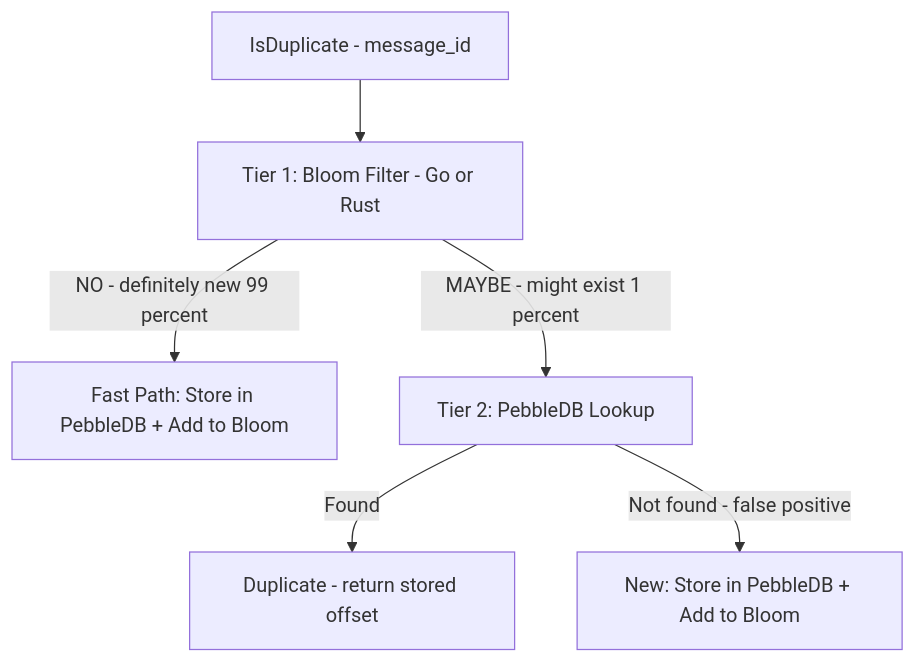
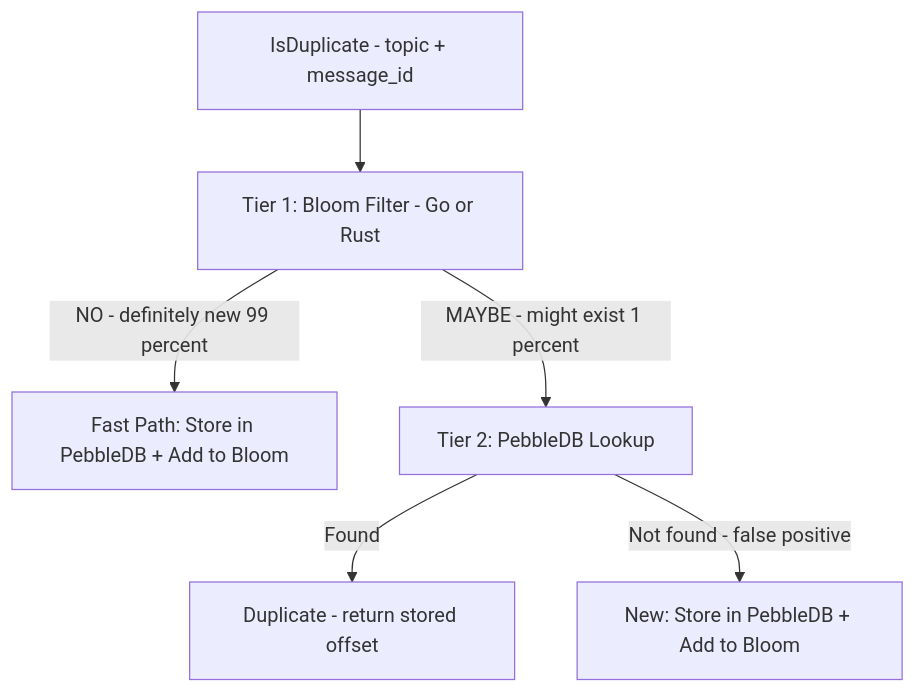
Before and after one commit to jatin711-debug/cronos_db_golang: diagram 17 of 47 in ARCHITECTURE.md, drawn with Mermaid. The commit also changed other lines of this file and 28 other files, not shown here.

First line of the commit message:
docs: bring architecture, feature, design and contributor docs up to v0.11.0

````diff
--- a/ARCHITECTURE.md
+++ b/ARCHITECTURE.md
@@ -658,10 +692,10 @@
 ```mermaid
 graph TB
-    REQ[IsDuplicate - message_id] --> BF[Tier 1: Bloom Filter - Go or Rust]
+    REQ[IsDuplicate - topic + message_id] --> BF[Tier 1: Bloom Filter - Go or Rust]
 
     BF -->|NO - definitely new 99 percent| FAST[Fast Path: Store in PebbleDB + Add to Bloom]
     BF -->|MAYBE - might exist 1 percent| PDB[Tier 2: PebbleDB Lookup]
 
     PDB -->|Found| DUP[Duplicate - return stored offset]
     PDB -->|Not found - false positive| NEW[New: Store in PebbleDB + Add to Bloom]
 ```
````
